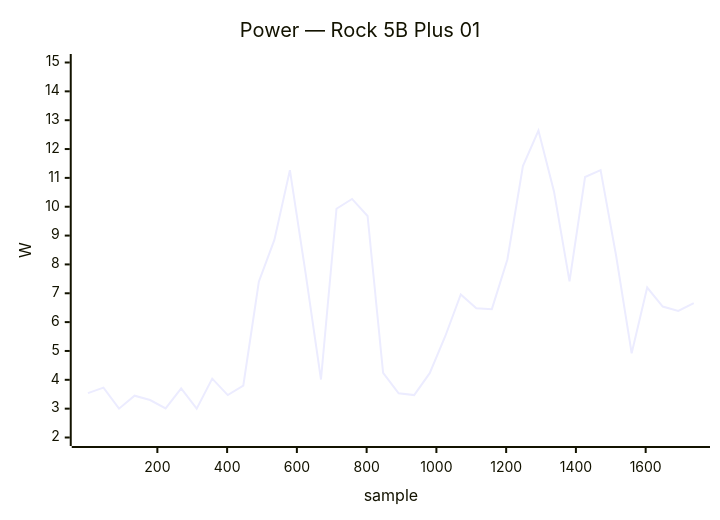
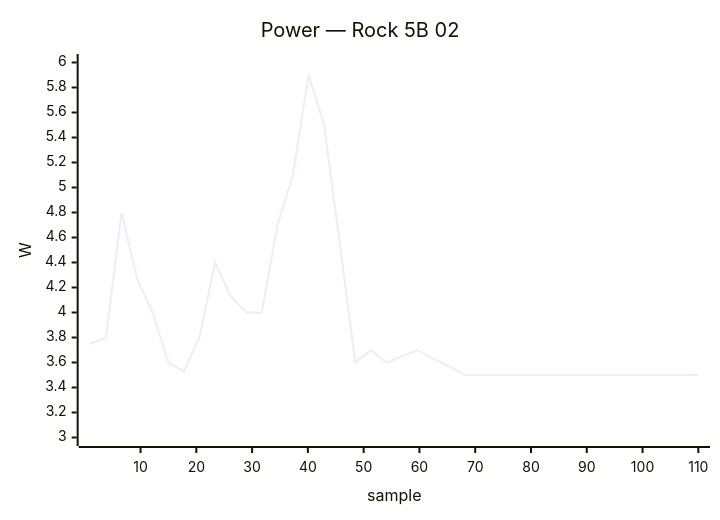
Before and after one commit to armbian/documentation: the fourth of 38 diagrams in docs/status/board-tests.md, drawn with Mermaid. The commit also changed other lines of this file, not shown here.

````diff
--- a/docs/status/board-tests.md
+++ b/docs/status/board-tests.md
@@ -208,7 +246,7 @@
 ```mermaid
 xychart-beta
-    title "Power — Rock 5B Plus 01"
-    x-axis "sample" 1 --> 1738
-    y-axis "W" 2.0 --> 15.0
-    line [3.54, 3.73, 3.00, 3.45, 3.30, 3.01, 3.70, 3.00, 4.04, 3.47, 3.80, 7.40, 8.85, 11.27, 7.73, 4.01, 9.93, 10.27, 9.68, 4.24, 3.53, 3.47, 4.23, 5.51, 6.96, 6.48, 6.45, 8.17, 11.41, 12.64, 10.53, 7.41, 11.03, 11.27, 8.30, 4.92, 7.20, 6.54, 6.39, 6.66]
+    title "Power — Rock 5B 02"
+    x-axis "sample" 1 --> 110
+    y-axis "W" 3.0 --> 6.0
+    line [3.75, 3.80, 4.80, 4.27, 4.00, 3.60, 3.53, 3.80, 4.40, 4.13, 4.00, 4.00, 4.70, 5.10, 5.90, 5.50, 4.55, 3.60, 3.70, 3.60, 3.65, 3.70, 3.63, 3.57, 3.50, 3.50, 3.50, 3.50, 3.50, 3.50, 3.50, 3.50, 3.50, 3.50, 3.50, 3.50, 3.50, 3.50, 3.50, 3.50]
 ```
````
